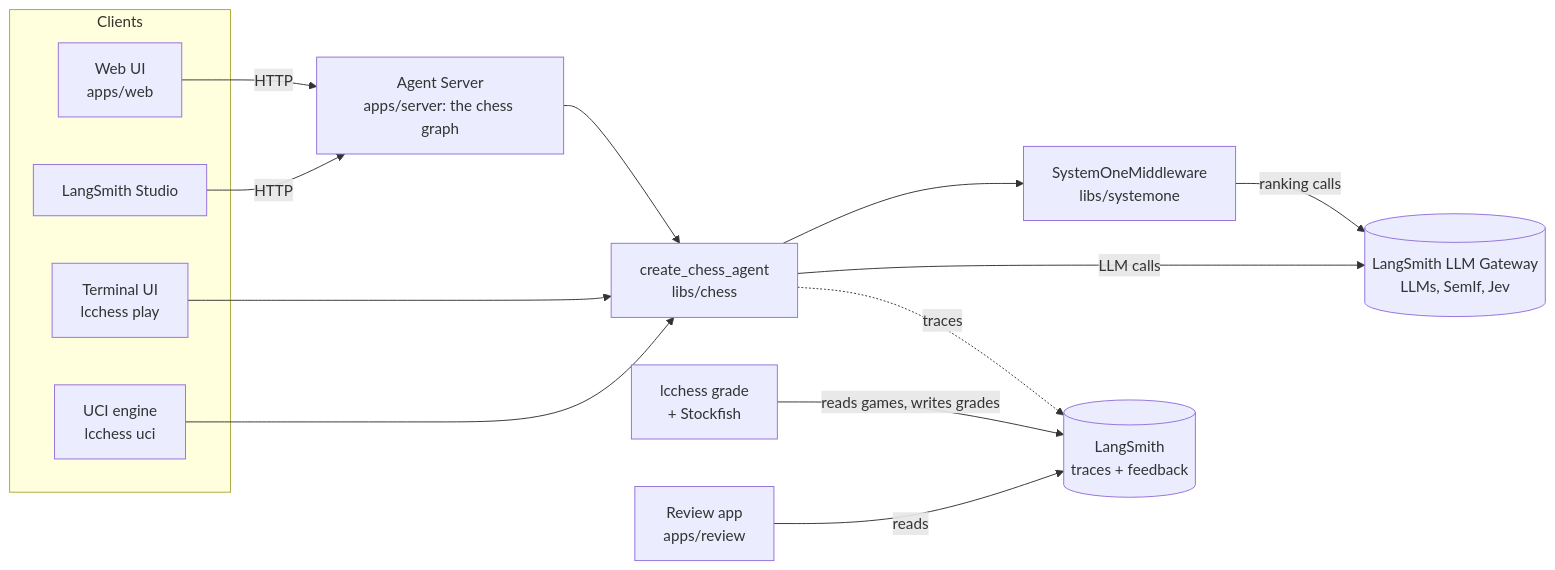
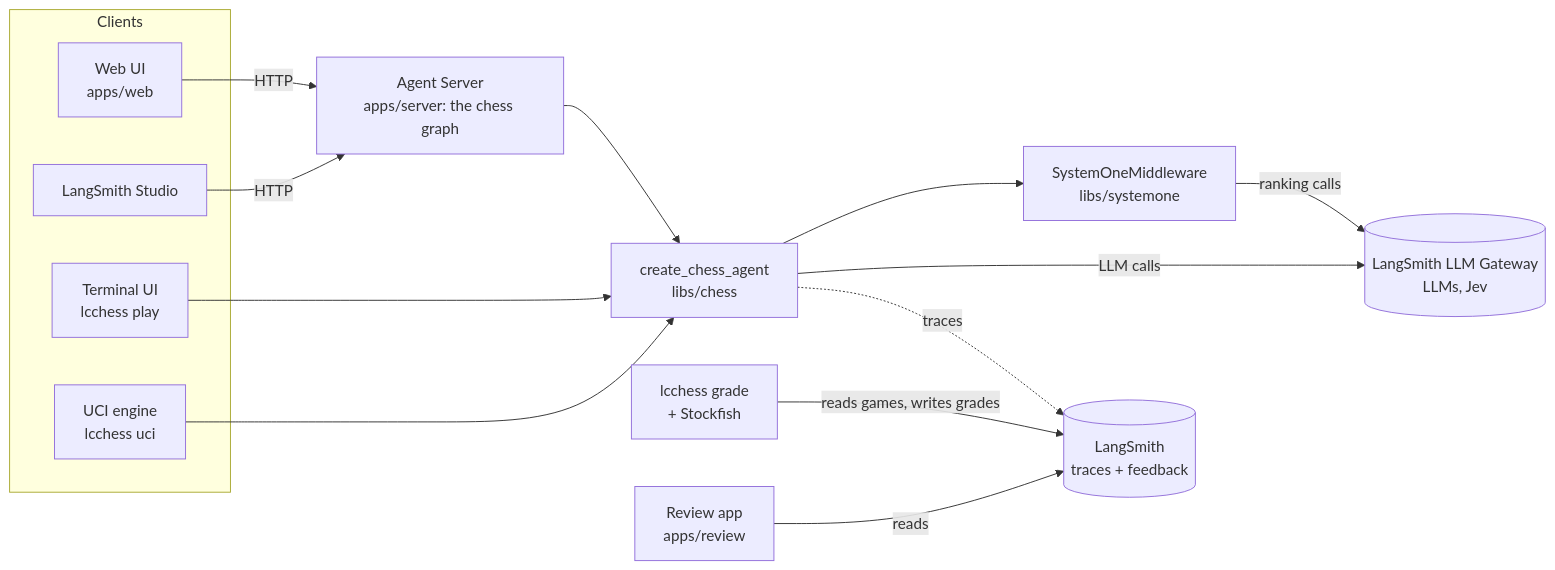
One commit to darieldatoon/langchain-chess changed the diagram in README.md. Above: the diagram before and after it, drawn with Mermaid. The commit also changed other lines of this file and 72 other files, not shown here.

First line of the commit message:
Make Jev the only System 1 preset: the gateway retired SemIf (#79)

````diff
--- a/README.md
+++ b/README.md
@@ -26,28 +26,28 @@
 ```mermaid
 flowchart LR
   subgraph clients[Clients]
     web["Web UI<br/>apps/web"]
     studio[LangSmith Studio]
     tui["Terminal UI<br/>lcchess play"]
     uci["UCI engine<br/>lcchess uci"]
   end
   server["Agent Server<br/>apps/server: the chess graph"]
   agent["create_chess_agent<br/>libs/chess"]
   s1["SystemOneMiddleware<br/>libs/systemone"]
-  gw[("LangSmith LLM Gateway<br/>LLMs, SemIf, Jev")]
+  gw[("LangSmith LLM Gateway<br/>LLMs, Jev")]
   ls[("LangSmith<br/>traces + feedback")]
   grade["lcchess grade<br/>+ Stockfish"]
   review["Review app<br/>apps/review"]
 
   web -- HTTP --> server
   studio -- HTTP --> server
   server --> agent
   tui --> agent
   uci --> agent
   agent --> s1
   agent -- LLM calls --> gw
   s1 -- ranking calls --> gw
   agent -. traces .-> ls
   grade -- reads games, writes grades --> ls
   review -- reads --> ls
 ```
````
